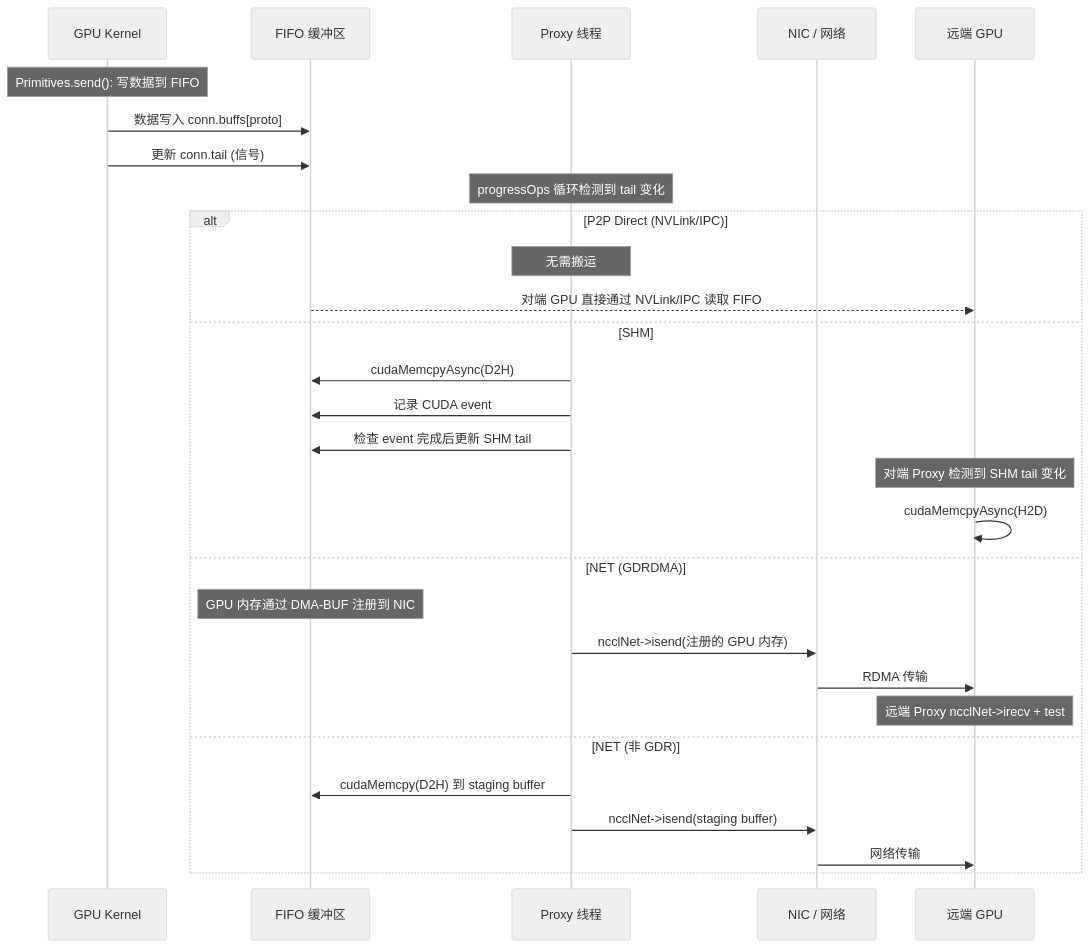
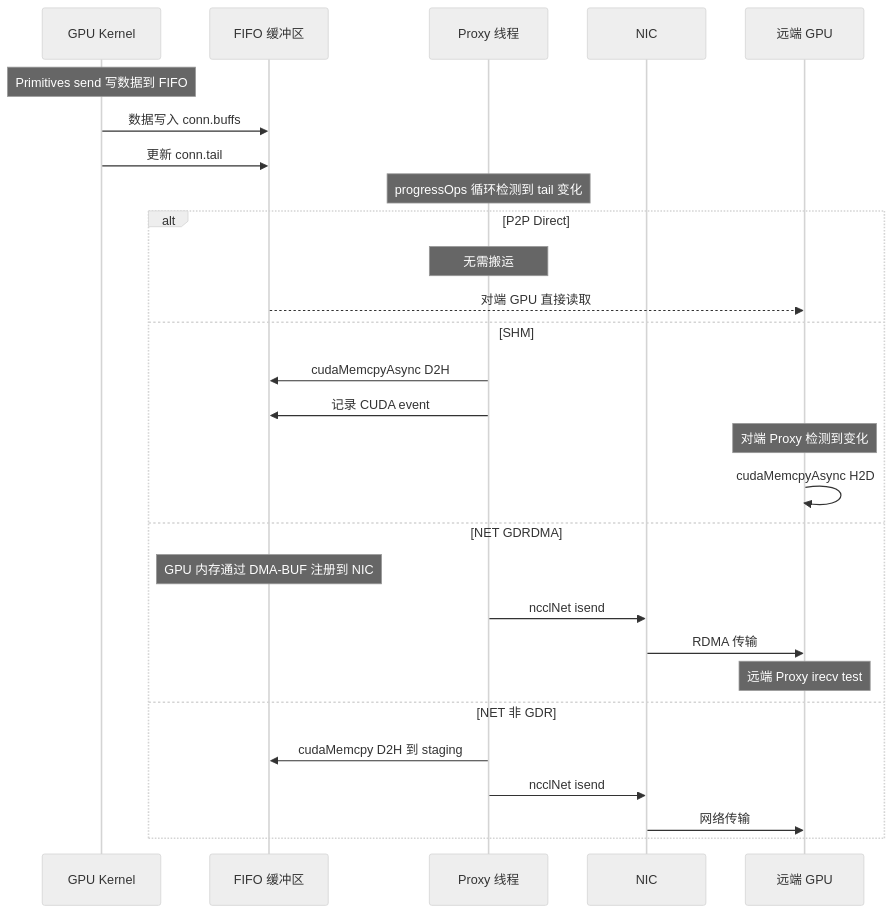
Before and after one commit to carlvinhust2012/MyStudy: the seventh of 10 diagrams in AI Infra相关/nccl/nccl通信流程分析.md, drawn with Mermaid (neutral theme). The commit also changed other lines of this file, not shown here.

Commit message:
update the nccl file

````diff
--- a/AI Infra相关/nccl/nccl通信流程分析.md
+++ b/AI Infra相关/nccl/nccl通信流程分析.md
@@ -368,34 +359,33 @@
 ```mermaid
 sequenceDiagram
     participant GPU as GPU Kernel
     participant FIFO as FIFO 缓冲区
     participant PX as Proxy 线程
-    participant NIC as NIC / 网络
+    participant NIC as NIC
     participant Remote as 远端 GPU
 
-    Note over GPU: Primitives.send(): 写数据到 FIFO
-    GPU->>FIFO: 数据写入 conn.buffs[proto]
-    GPU->>FIFO: 更新 conn.tail (信号)
+    Note over GPU: Primitives send 写数据到 FIFO
+    GPU->>FIFO: 数据写入 conn.buffs
+    GPU->>FIFO: 更新 conn.tail
 
     Note over PX: progressOps 循环检测到 tail 变化
 
-    alt P2P Direct (NVLink/IPC)
+    alt P2P Direct
         Note over PX: 无需搬运
-        FIFO-->>Remote: 对端 GPU 直接通过 NVLink/IPC 读取 FIFO
+        FIFO-->>Remote: 对端 GPU 直接读取
     else SHM
-        PX->>FIFO: cudaMemcpyAsync(D2H)
+        PX->>FIFO: cudaMemcpyAsync D2H
         PX->>FIFO: 记录 CUDA event
-        PX->>FIFO: 检查 event 完成后更新 SHM tail
-        Note over Remote: 对端 Proxy 检测到 SHM tail 变化
-        Remote->>Remote: cudaMemcpyAsync(H2D)
-    else NET (GDRDMA)
+        Note over Remote: 对端 Proxy 检测到变化
+        Remote->>Remote: cudaMemcpyAsync H2D
+    else NET GDRDMA
         Note over FIFO: GPU 内存通过 DMA-BUF 注册到 NIC
-        PX->>NIC: ncclNet->isend(注册的 GPU 内存)
+        PX->>NIC: ncclNet isend
         NIC->>Remote: RDMA 传输
-        Note over Remote: 远端 Proxy ncclNet->irecv + test
-    else NET (非 GDR)
-        PX->>FIFO: cudaMemcpy(D2H) 到 staging buffer
-        PX->>NIC: ncclNet->isend(staging buffer)
+        Note over Remote: 远端 Proxy irecv test
+    else NET 非 GDR
+        PX->>FIFO: cudaMemcpy D2H 到 staging
+        PX->>NIC: ncclNet isend
         NIC->>Remote: 网络传输
     end
 ```
````
